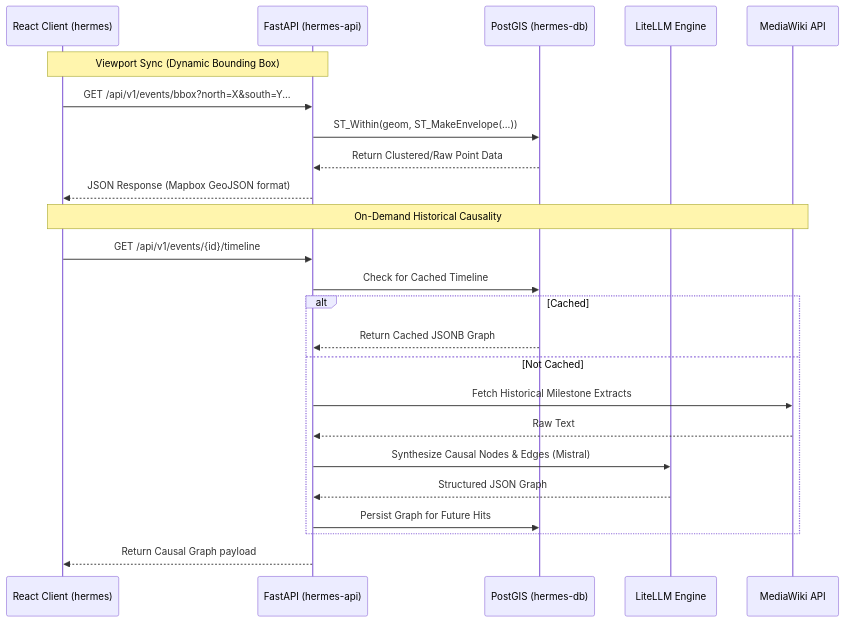
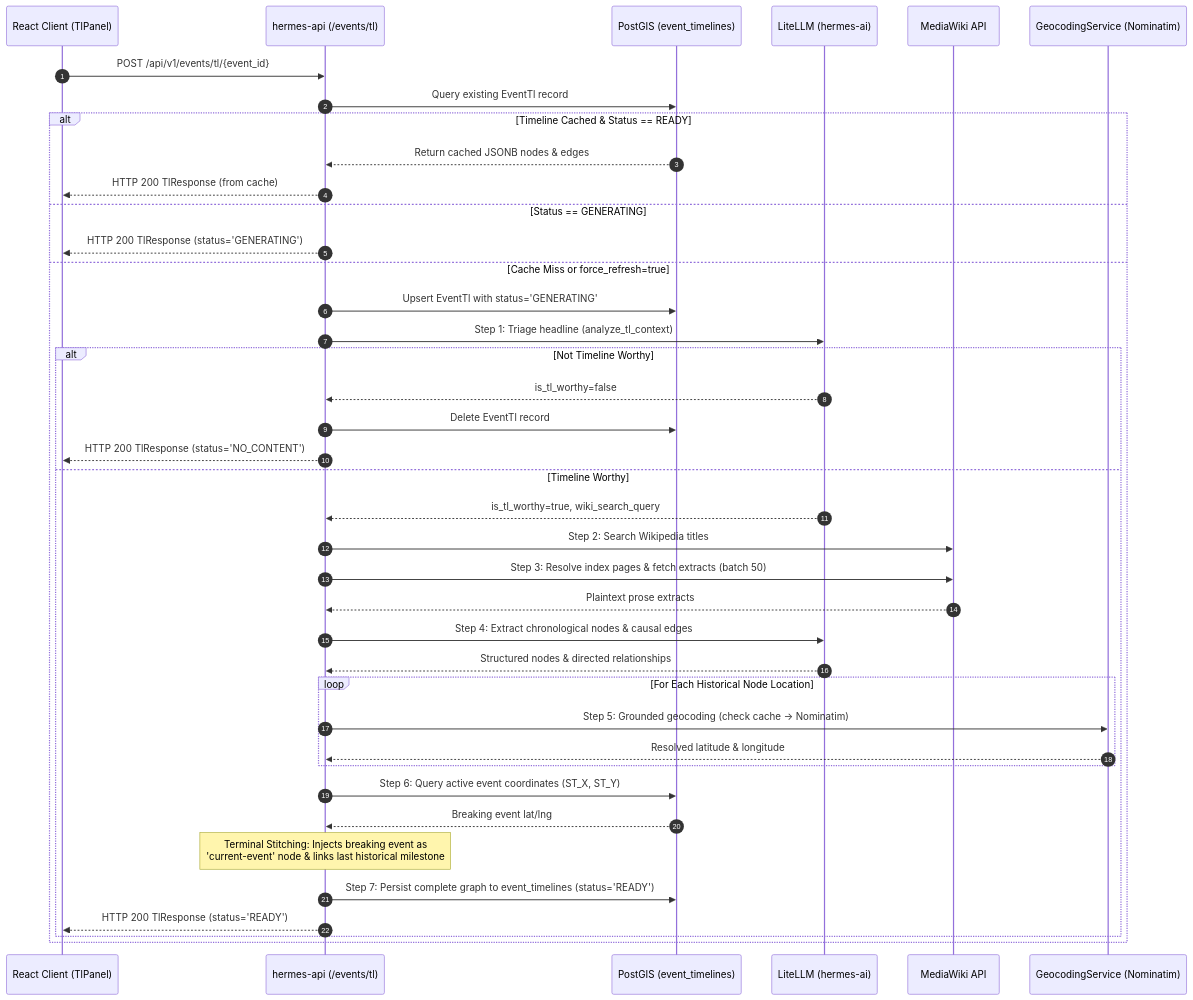
One commit to paavann/hermes changed the third of 3 diagrams in apps/hermes-api/README.md. Above: the diagram before and after it, drawn with Mermaid. The commit also changed other lines of this file and 18 other files, not shown here.

````diff
--- a/apps/hermes-api/README.md
+++ b/apps/hermes-api/README.md
@@ -15,28 +159,47 @@
 ```mermaid
 sequenceDiagram
-    participant Client as React Client (hermes)
-    participant API as FastAPI (hermes-api)
-    participant DB as PostGIS (hermes-db)
-    participant LLM as LiteLLM Engine
+    autonumber
+    participant Client as React Client (TlPanel)
+    participant API as hermes-api (/events/tl)
+    participant DB as PostGIS (event_timelines)
+    participant AI as LiteLLM (hermes-ai)
     participant Wiki as MediaWiki API
+    participant Geo as GeocodingService (Nominatim)
 
-    Note over Client,API: Viewport Sync (Dynamic Bounding Box)
-    Client->>API: GET /api/v1/events/bbox?north=X&south=Y...
-    API->>DB: ST_Within(geom, ST_MakeEnvelope(...))
-    DB-->>API: Return Clustered/Raw Point Data
-    API-->>Client: JSON Response (Mapbox GeoJSON format)
+    Client->>API: POST /api/v1/events/tl/{event_id}
+    API->>DB: Query existing EventTl record
 
-    Note over Client,Wiki: On-Demand Historical Causality
-    Client->>API: GET /api/v1/events/{id}/timeline
-    API->>DB: Check for Cached Timeline
-    alt Cached
-        DB-->>API: Return Cached JSONB Graph
-    else Not Cached
-        API->>Wiki: Fetch Historical Milestone Extracts
-        Wiki-->>API: Raw Text
-        API->>LLM: Synthesize Causal Nodes & Edges (Mistral)
-        LLM-->>API: Structured JSON Graph
-        API->>DB: Persist Graph for Future Hits
+    alt Timeline Cached & Status == READY
+        DB-->>API: Return cached JSONB nodes & edges
+        API-->>Client: HTTP 200 TlResponse (from cache)
+    else Status == GENERATING
+        API-->>Client: HTTP 200 TlResponse (status='GENERATING')
+    else Cache Miss or force_refresh=true
+        API->>DB: Upsert EventTl with status='GENERATING'
+        API->>AI: Step 1: Triage headline (analyze_tl_context)
+        
+        alt Not Timeline Worthy
+            AI-->>API: is_tl_worthy=false
+            API->>DB: Delete EventTl record
+            API-->>Client: HTTP 200 TlResponse (status='NO_CONTENT')
+        else Timeline Worthy
+            AI-->>API: is_tl_worthy=true, wiki_search_query
+            API->>Wiki: Step 2: Search Wikipedia titles
+            API->>Wiki: Step 3: Resolve index pages & fetch extracts (batch 50)
+            Wiki-->>API: Plaintext prose extracts
+            API->>AI: Step 4: Extract chronological nodes & causal edges
+            AI-->>API: Structured nodes & directed relationships
+            
+            loop For Each Historical Node Location
+                API->>Geo: Step 5: Grounded geocoding (check cache -> Nominatim)
+                Geo-->>API: Resolved latitude & longitude
+            end
+
+            API->>DB: Step 6: Query active event coordinates (ST_X, ST_Y)
+            DB-->>API: Breaking event lat/lng
+            Note over API: Terminal Stitching: Injects breaking event as<br/>'current-event' node & links last historical milestone
+            API->>DB: Step 7: Persist complete graph to event_timelines (status='READY')
+            API-->>Client: HTTP 200 TlResponse (status='READY')
+        end
     end
-    API-->>Client: Return Causal Graph payload
 ```
````
